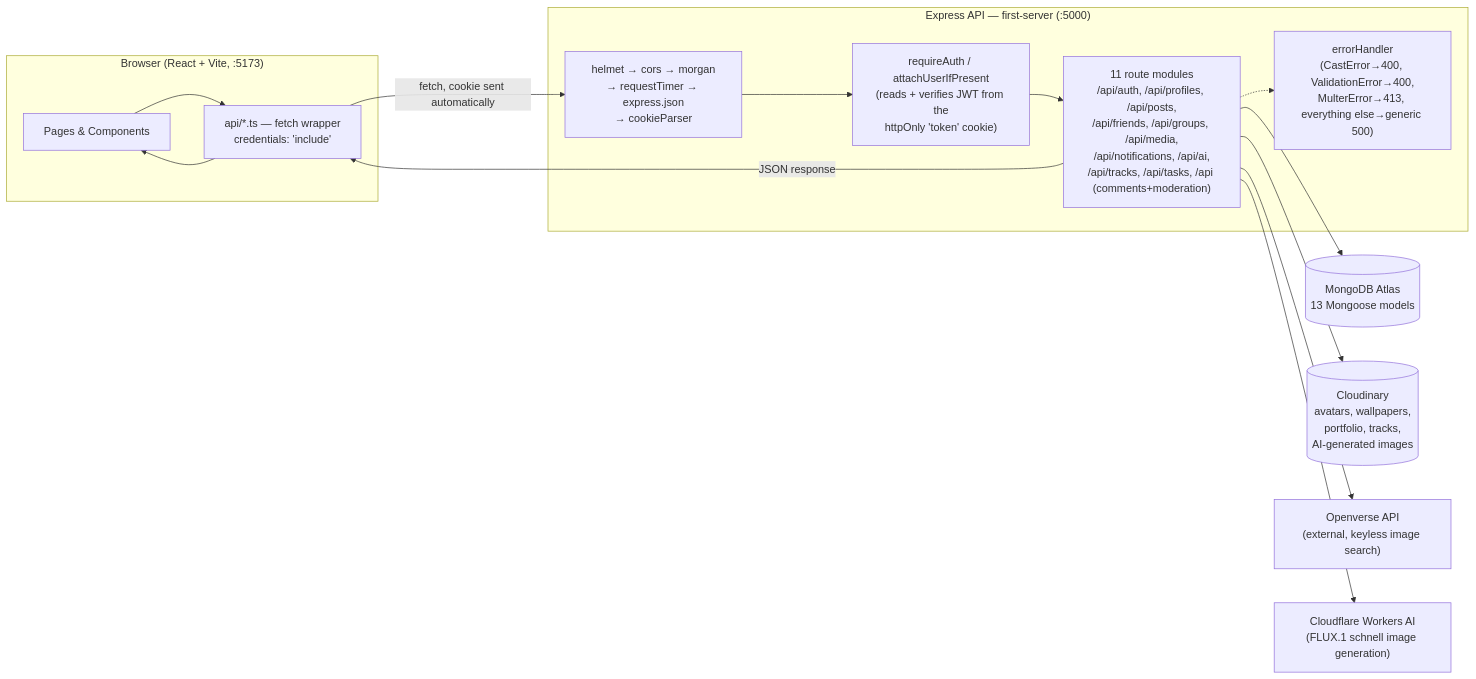
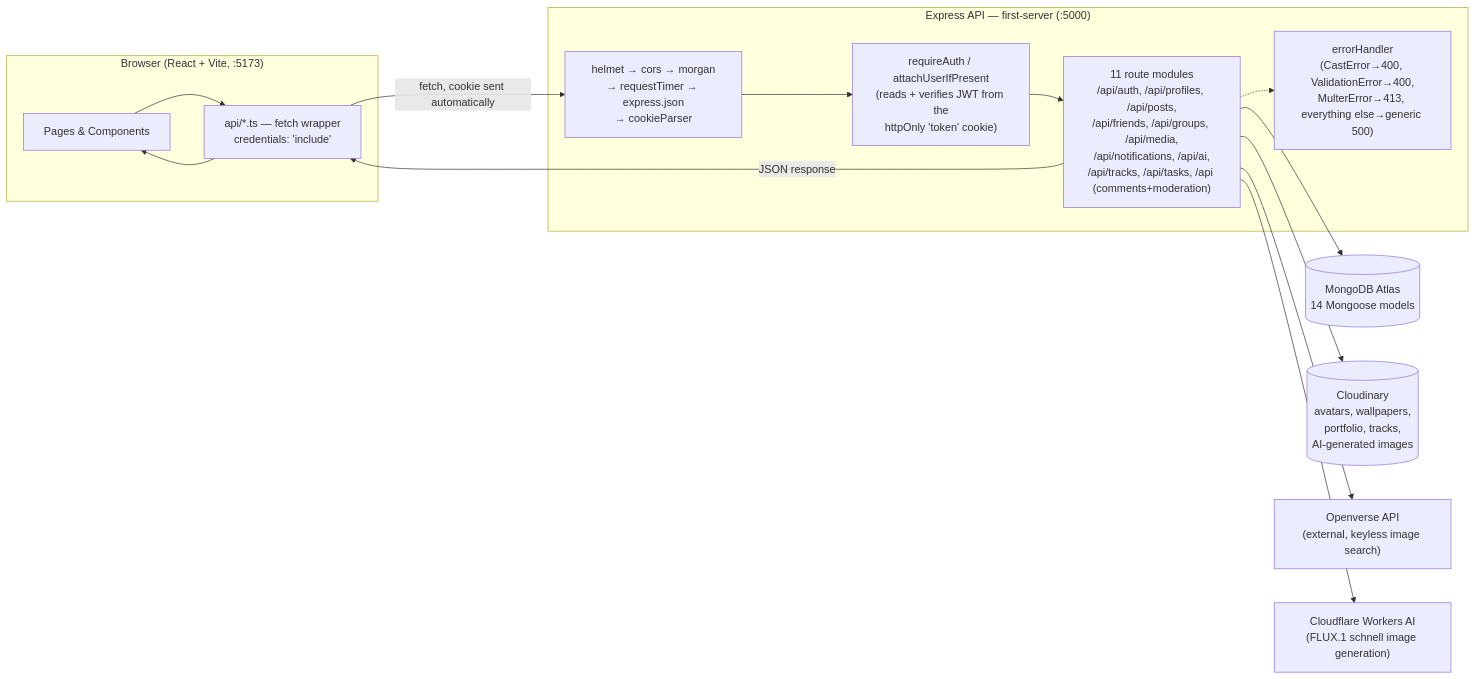
One commit to OttoNyne/CreativesSelect changed the diagram in docs/ARCHITECTURE.md. Above: the diagram before and after it, drawn with Mermaid. The commit also changed other lines of this file and 1 other file, not shown here.

````diff
--- a/docs/ARCHITECTURE.md
+++ b/docs/ARCHITECTURE.md
@@ -39,30 +39,30 @@
 ```mermaid
 flowchart LR
     subgraph Browser["Browser (React + Vite, :5173)"]
         UI["Pages & Components"]
         APIClient["api/*.ts — fetch wrapper\ncredentials: 'include'"]
     end
 
     subgraph Server["Express API — first-server (:5000)"]
         MW["helmet → cors → morgan\n→ requestTimer → express.json\n→ cookieParser"]
         Routes["11 route modules\n/api/auth, /api/profiles, /api/posts,\n/api/friends, /api/groups, /api/media,\n/api/notifications, /api/ai,\n/api/tracks, /api/tasks, /api (comments+moderation)"]
         Auth["requireAuth / attachUserIfPresent\n(reads + verifies JWT from the\nhttpOnly 'token' cookie)"]
         ErrH["errorHandler\n(CastError→400, ValidationError→400,\nMulterError→413, everything else→generic 500)"]
     end
 
-    DB[("MongoDB Atlas\n13 Mongoose models")]
+    DB[("MongoDB Atlas\n14 Mongoose models")]
     Cloudinary[("Cloudinary\navatars, wallpapers,\nportfolio, tracks,\nAI-generated images")]
     Openverse["Openverse API\n(external, keyless image search)"]
     CFAI["Cloudflare Workers AI\n(FLUX.1 schnell image generation)"]
 
     UI --> APIClient
     APIClient -- "fetch, cookie sent automatically" --> MW
     MW --> Auth --> Routes
     Routes --> DB
     Routes --> Cloudinary
     Routes --> Openverse
     Routes --> CFAI
     Routes -.-> ErrH
     Routes -- "JSON response" --> APIClient
     APIClient --> UI
 ```
````
